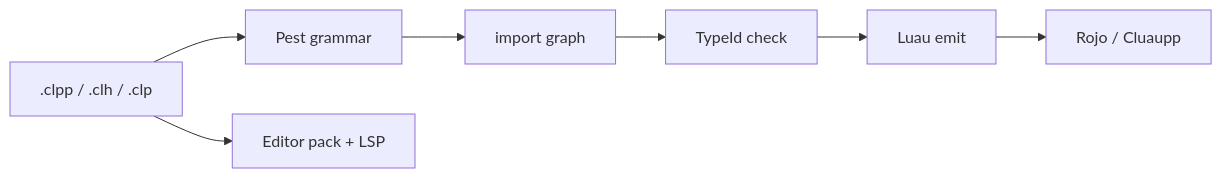
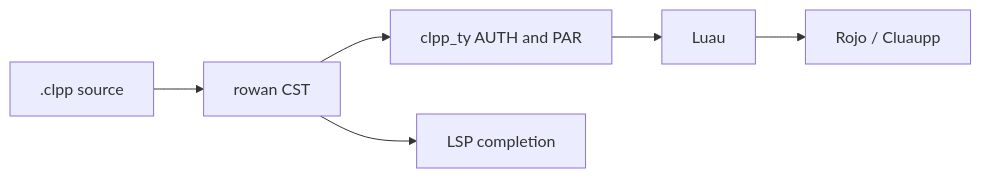
The diagram in www/src/content/docs/index.mdx (KartzRbx/CLPP), drawn with Mermaid before and after one commit. The commit also changed other lines of this file and 67 other files, not shown here.

```diff
--- a/www/src/content/docs/index.mdx
+++ b/www/src/content/docs/index.mdx
@@ -44,9 +82,8 @@
 <pre class="mermaid">
 flowchart LR
-  src[".clpp / .clh / .clp"] --> pest["Pest grammar"]
-  pest --> mods["import graph"]
-  mods --> check["TypeId check"]
-  check --> luau["Luau emit"]
+  src[".clpp source"] --> cst["rowan CST"]
+  cst --> ty["clpp_ty AUTH and PAR"]
+  ty --> luau["Luau"]
   luau --> rojo["Rojo / Cluaupp"]
-  src --> lsp["Editor pack + LSP"]
+  cst --> lsp["LSP completion"]
 </pre>
```
